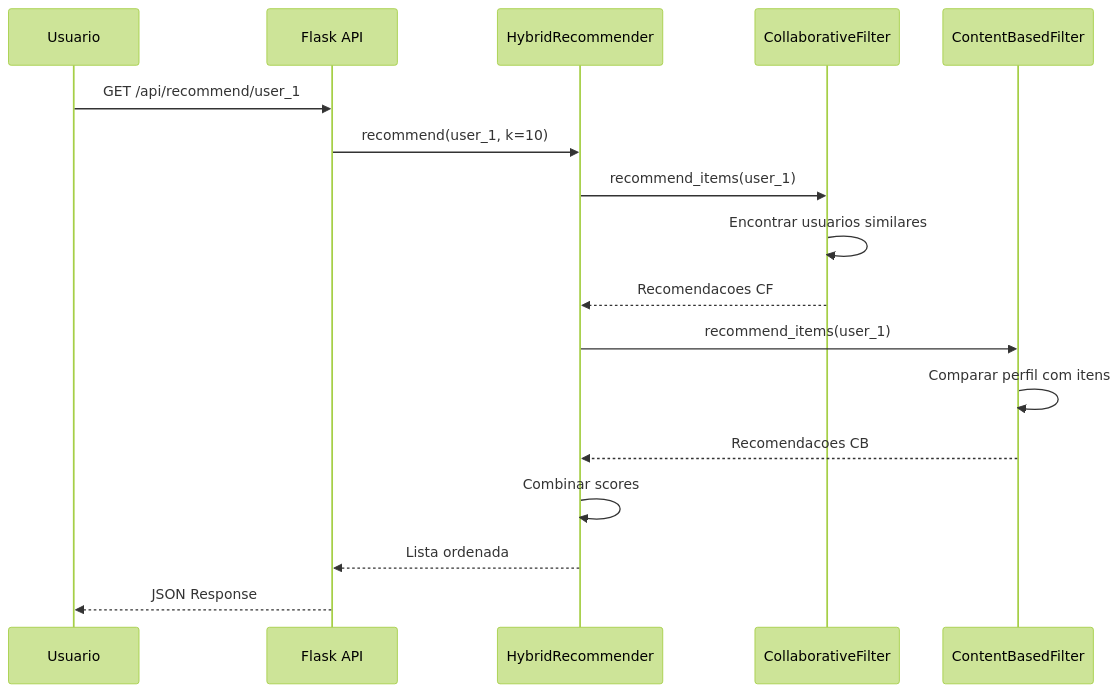
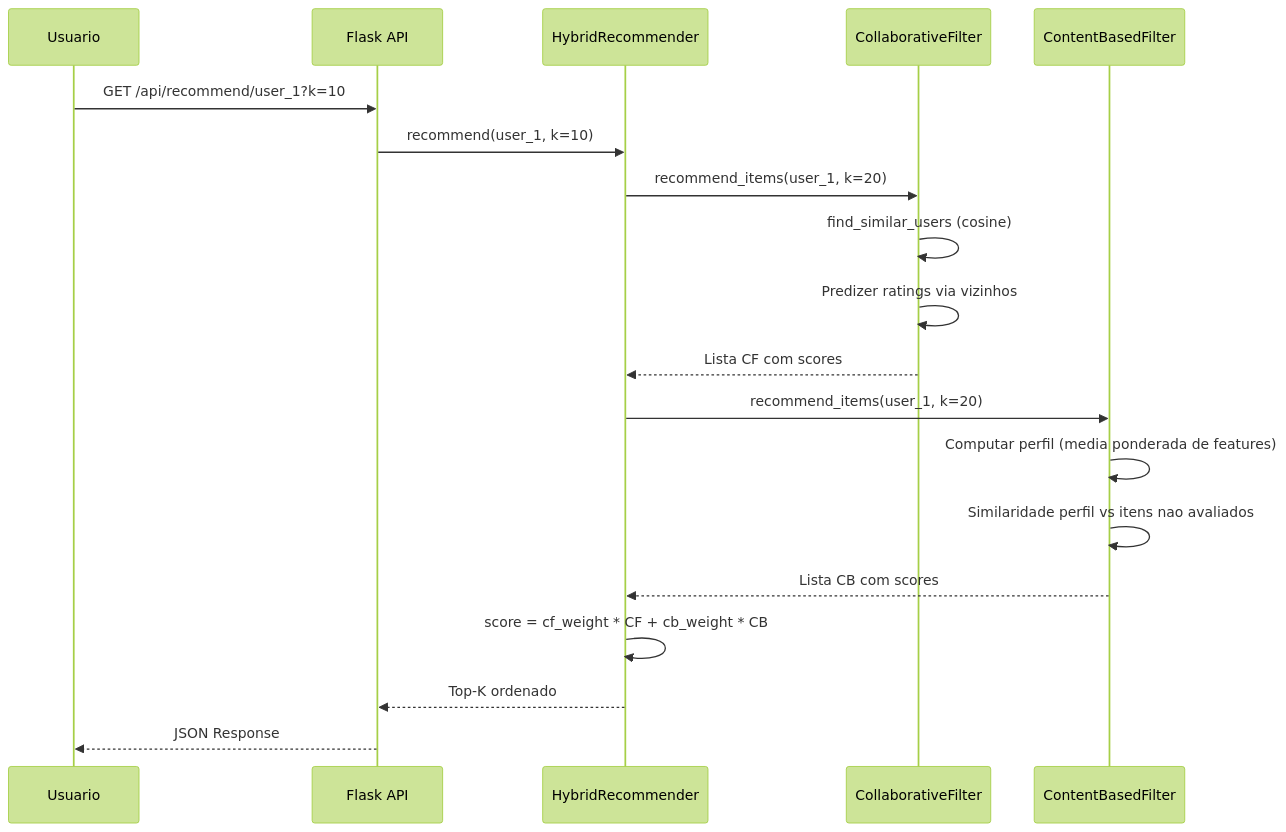
The second of 4 diagrams in README.md (galafis/Recommendation-Engine), drawn with Mermaid (forest theme) before and after one commit. The commit also changed other lines of this file and 3 other files, not shown here.

````diff
--- a/README.md
+++ b/README.md
@@ -47,20 +64,22 @@
 ```mermaid
 sequenceDiagram
     participant U as Usuario
     participant API as Flask API
     participant H as HybridRecommender
     participant CF as CollaborativeFilter
     participant CB as ContentBasedFilter
 
-    U->>API: GET /api/recommend/user_1
+    U->>API: GET /api/recommend/user_1?k=10
     API->>H: recommend(user_1, k=10)
-    H->>CF: recommend_items(user_1)
-    CF->>CF: Encontrar usuarios similares
-    CF-->>H: Recomendacoes CF
-    H->>CB: recommend_items(user_1)
-    CB->>CB: Comparar perfil com itens
-    CB-->>H: Recomendacoes CB
-    H->>H: Combinar scores
-    H-->>API: Lista ordenada
+    H->>CF: recommend_items(user_1, k=20)
+    CF->>CF: find_similar_users (cosine)
+    CF->>CF: Predizer ratings via vizinhos
+    CF-->>H: Lista CF com scores
+    H->>CB: recommend_items(user_1, k=20)
+    CB->>CB: Computar perfil (media ponderada de features)
+    CB->>CB: Similaridade perfil vs itens nao avaliados
+    CB-->>H: Lista CB com scores
+    H->>H: score = cf_weight * CF + cb_weight * CB
+    H-->>API: Top-K ordenado
     API-->>U: JSON Response
 ```
````
